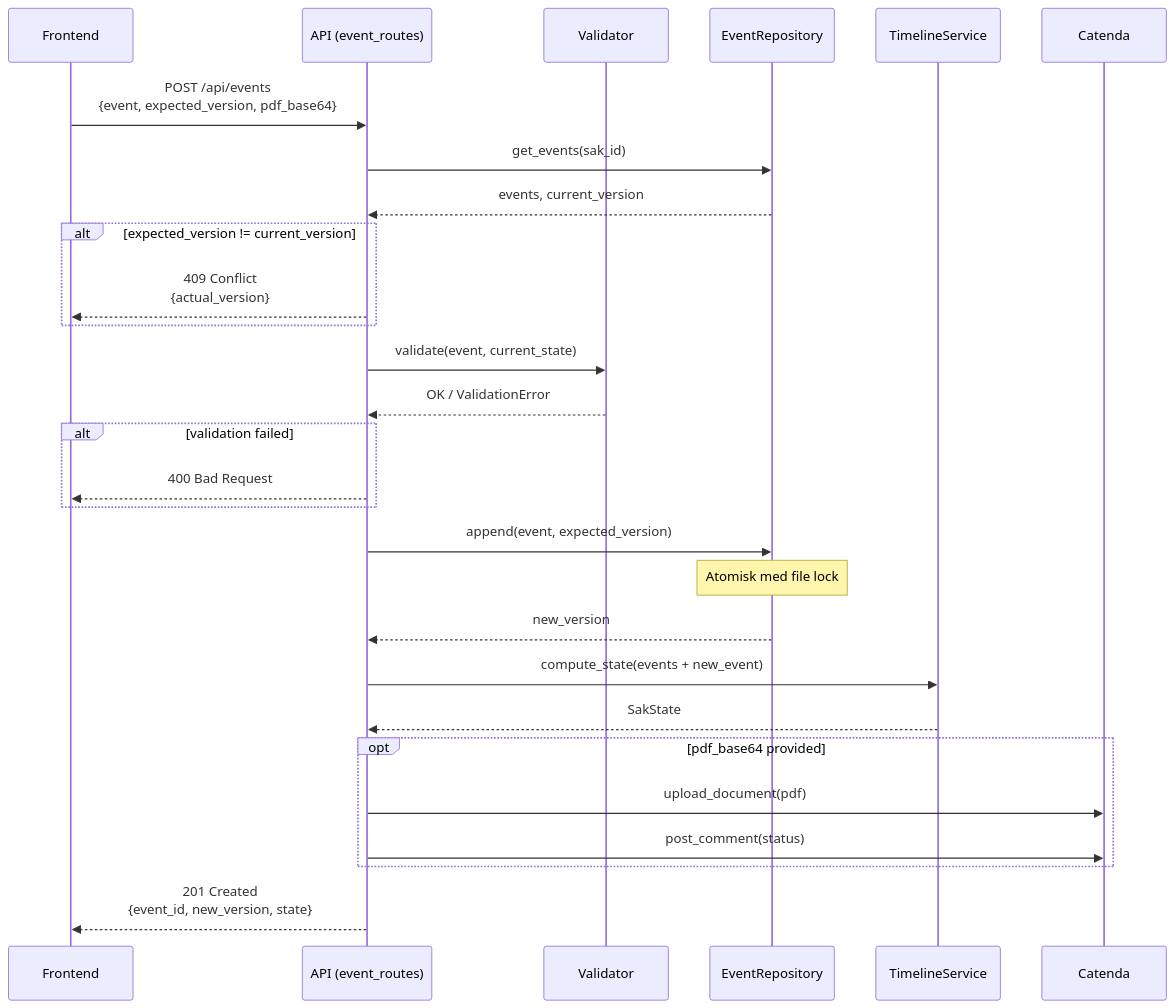
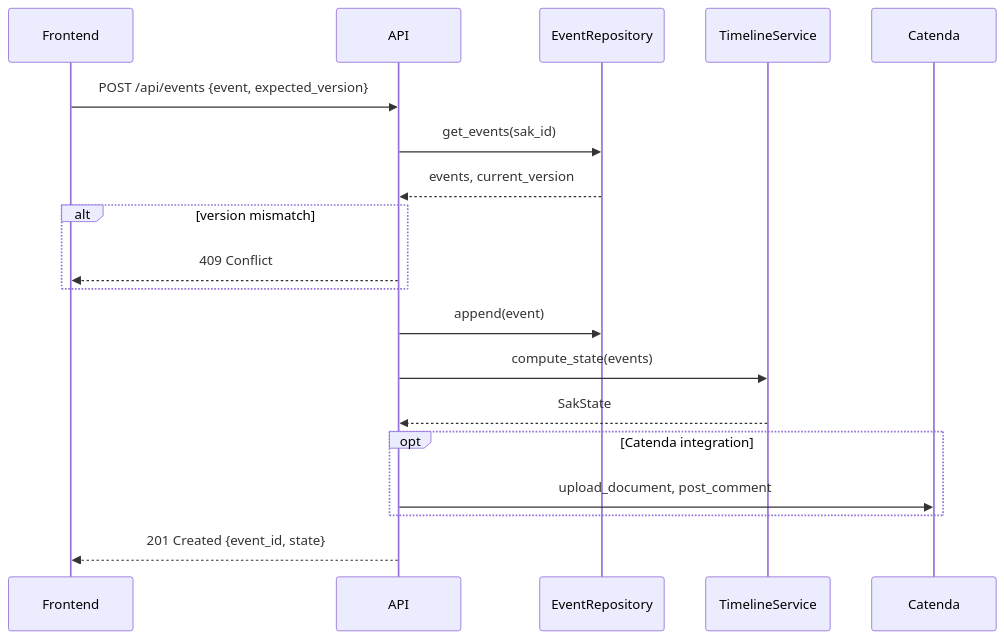
Before and after one commit to khjohns/unified-timeline: the third of 4 diagrams in docs/ARCHITECTURE_AND_DATAMODEL.md, drawn with Mermaid. The commit also changed other lines of this file, not shown here.

````diff
--- a/docs/ARCHITECTURE_AND_DATAMODEL.md
+++ b/docs/ARCHITECTURE_AND_DATAMODEL.md
@@ -1524,39 +428,26 @@
 ```mermaid
 sequenceDiagram
     participant F as Frontend
-    participant A as API (event_routes)
-    participant V as Validator
+    participant A as API
     participant R as EventRepository
     participant T as TimelineService
     participant C as Catenda
 
-    F->>A: POST /api/events<br/>{event, expected_version, pdf_base64}
-
+    F->>A: POST /api/events {event, expected_version}
     A->>R: get_events(sak_id)
     R-->>A: events, current_version
 
-    alt expected_version != current_version
-        A-->>F: 409 Conflict<br/>{actual_version}
+    alt version mismatch
+        A-->>F: 409 Conflict
     end
 
-    A->>V: validate(event, current_state)
-    V-->>A: OK / ValidationError
+    A->>R: append(event)
+    A->>T: compute_state(events)
+    T-->>A: SakState
 
-    alt validation failed
-        A-->>F: 400 Bad Request
+    opt Catenda integration
+        A->>C: upload_document, post_comment
     end
 
-    A->>R: append(event, expected_version)
-    Note over R: Atomisk med file lock
-    R-->>A: new_version
-
-    A->>T: compute_state(events + new_event)
-    T-->>A: SakState
-
-    opt pdf_base64 provided
-        A->>C: upload_document(pdf)
-        A->>C: post_comment(status)
-    end
-
-    A-->>F: 201 Created<br/>{event_id, new_version, state}
+    A-->>F: 201 Created {event_id, state}
 ```
````
